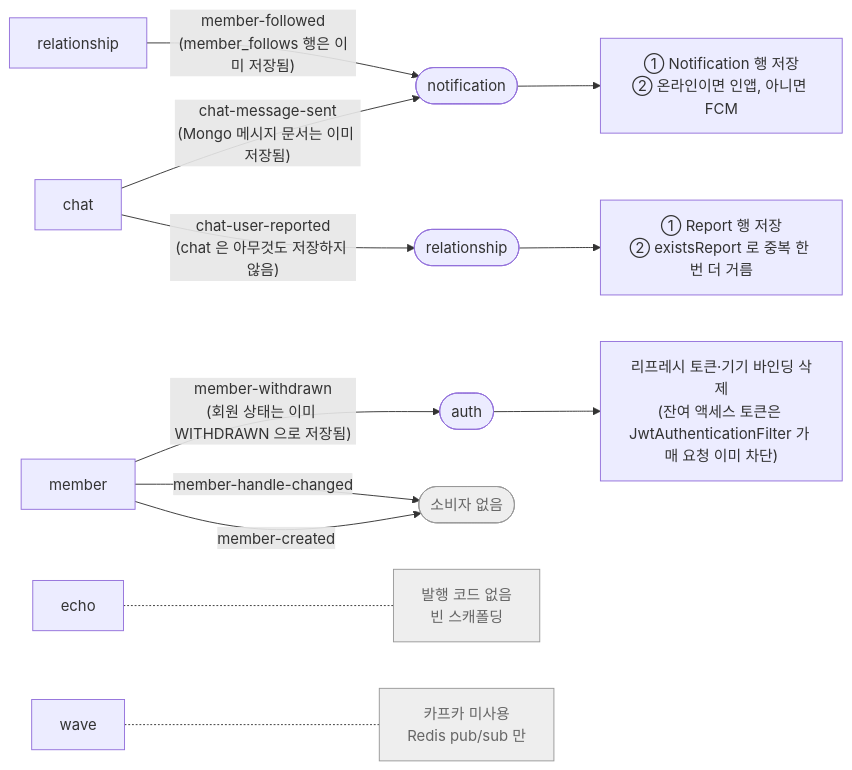
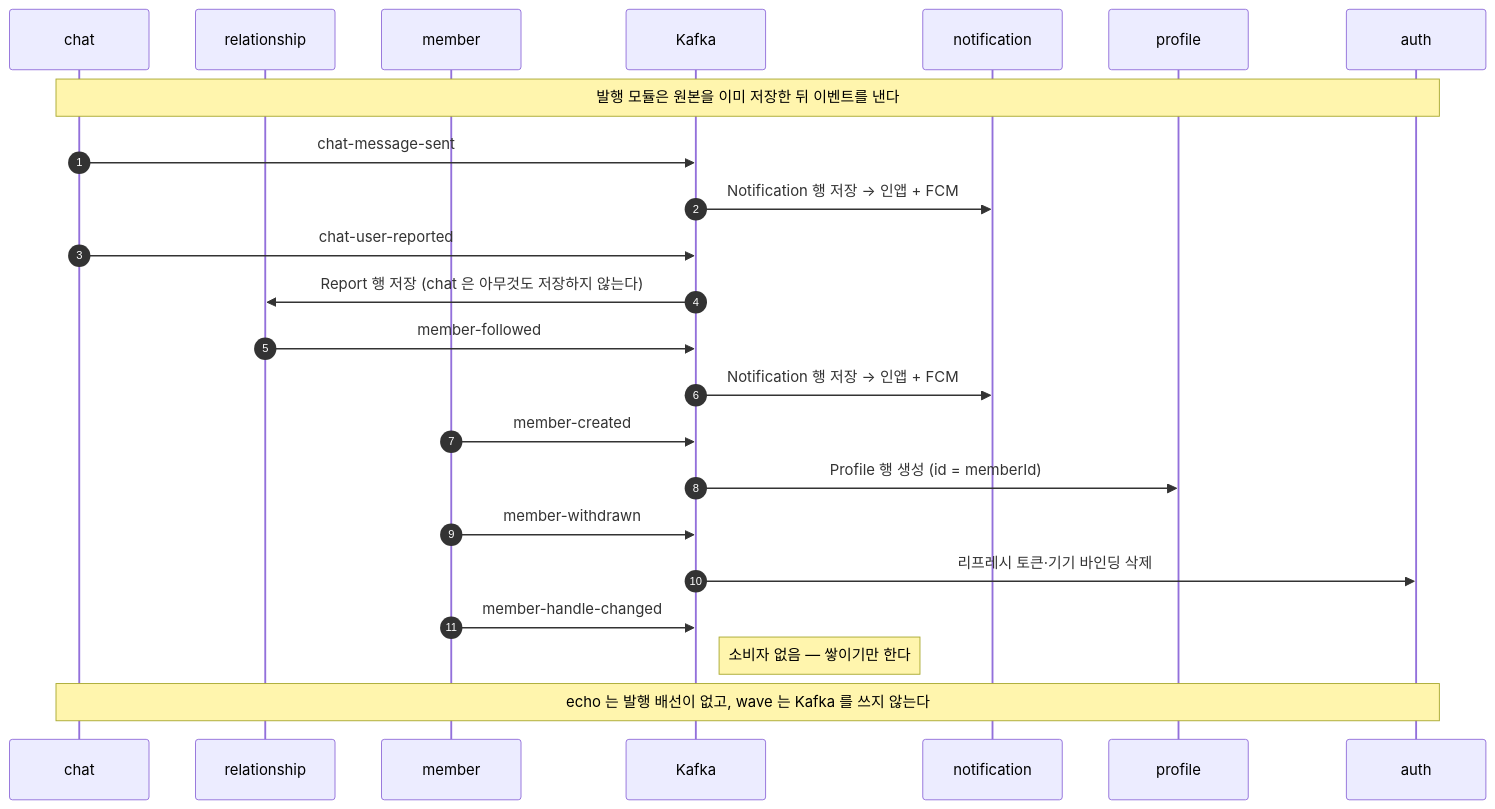
Before and after one commit to rvlwldev/langlez-backend: the first of 14 diagrams in ARCHITECTURE.md, drawn with Mermaid. The commit also changed other lines of this file, not shown here.

First line of the commit message:
docs(architecture): 이벤트 흐름을 시퀀스 다이어그램으로 (#28)

````diff
--- a/ARCHITECTURE.md
+++ b/ARCHITECTURE.md
@@ -14,30 +14,33 @@
 ```mermaid
-flowchart LR
-    chat["chat"]
-    rel["relationship"]
-    mem["member"]
-    echo["echo"]
-    wave["wave"]
+sequenceDiagram
+    autonumber
+    participant chat
+    participant rel as relationship
+    participant member
+    participant K as Kafka
+    participant noti as notification
+    participant prof as profile
+    participant auth
 
-    noti(["notification"])
-    relR(["relationship"])
-    auth(["auth"])
-    none1(["소비자 없음"])
+    Note over chat,auth: 발행 모듈은 원본을 이미 저장한 뒤 이벤트를 낸다
 
-    chat -- "chat-message-sent<br/>(Mongo 메시지 문서는 이미 저장됨)" --> noti
-    chat -- "chat-user-reported<br/>(chat 은 아무것도 저장하지 않음)" --> relR
-    rel -- "member-followed<br/>(member_follows 행은 이미 저장됨)" --> noti
-    mem -- "member-created" --> none1
-    mem -- "member-handle-changed" --> none1
-    mem -- "member-withdrawn<br/>(회원 상태는 이미 WITHDRAWN 으로 저장됨)" --> auth
+    chat->>K: chat-message-sent
+    K->>noti: Notification 행 저장 → 인앱 + FCM
 
-    noti --> notiDo["① Notification 행 저장<br/>② 온라인이면 인앱, 아니면 FCM"]
-    relR --> relDo["① Report 행 저장<br/>② existsReport 로 중복 한 번 더 거름"]
-    auth --> authDo["리프레시 토큰·기기 바인딩 삭제<br/>(잔여 액세스 토큰은 JwtAuthenticationFilter 가 매 요청 이미 차단)"]
+    chat->>K: chat-user-reported
+    K->>rel: Report 행 저장 (chat 은 아무것도 저장하지 않는다)
 
-    echo -.- echoX["발행 코드 없음<br/>빈 스캐폴딩"]
-    wave -.- waveX["카프카 미사용<br/>Redis pub/sub 만"]
+    rel->>K: member-followed
+    K->>noti: Notification 행 저장 → 인앱 + FCM
 
-    classDef gone fill:#eee,stroke:#999,color:#666
-    class none1,echoX,waveX gone
+    member->>K: member-created
+    K->>prof: Profile 행 생성 (id = memberId)
+
+    member->>K: member-withdrawn
+    K->>auth: 리프레시 토큰·기기 바인딩 삭제
+
+    member->>K: member-handle-changed
+    Note right of K: 소비자 없음 — 쌓이기만 한다
+
+    Note over chat,auth: echo 는 발행 배선이 없고, wave 는 Kafka 를 쓰지 않는다
 ```
````
